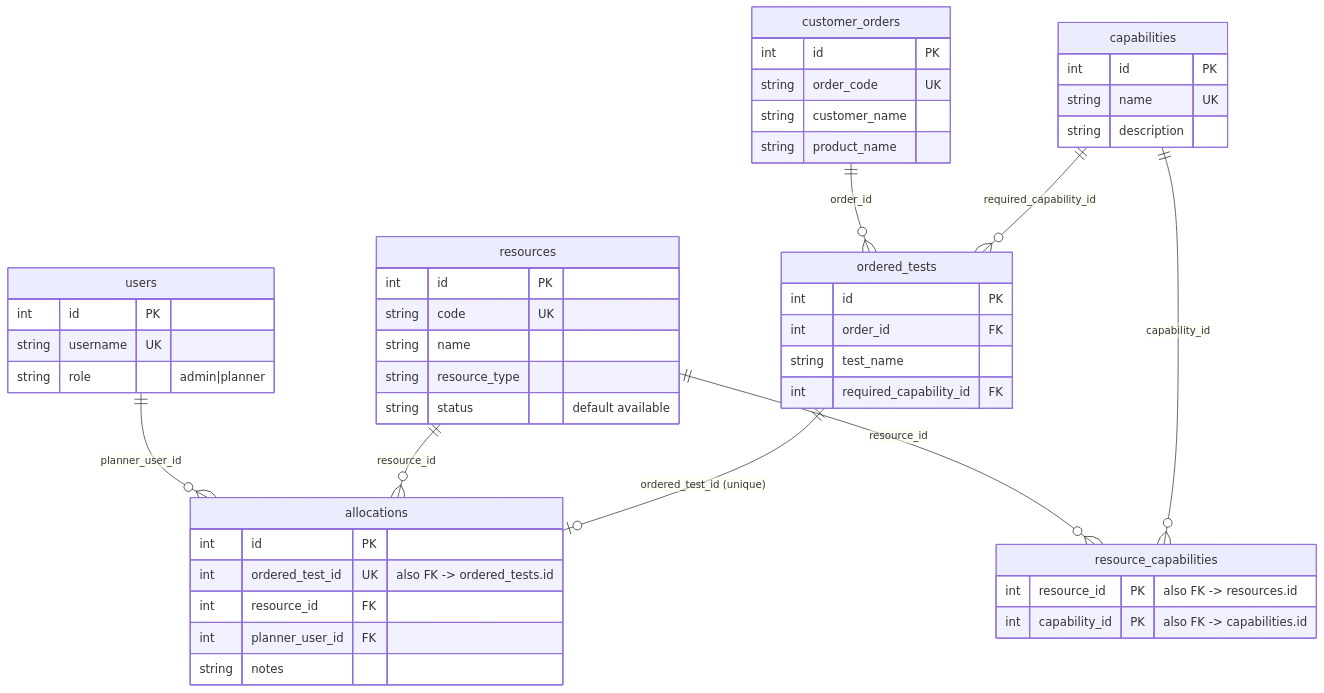
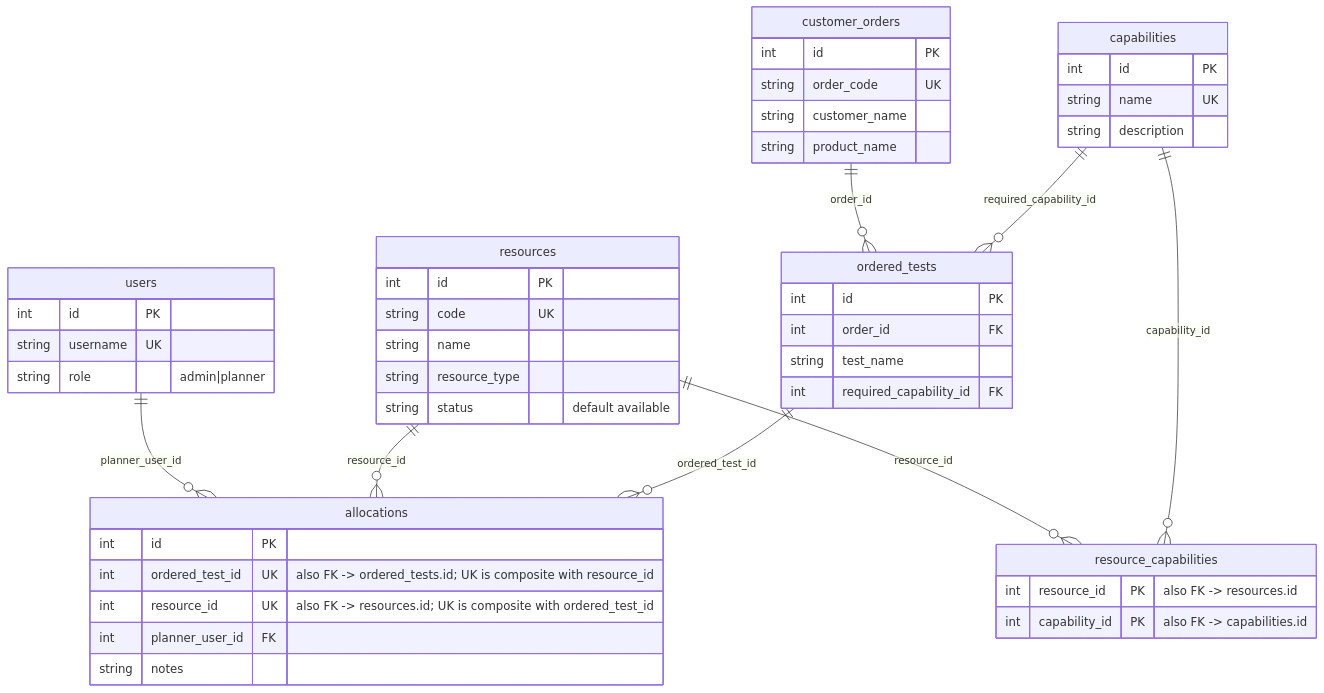
The diagram in docs/er-diagram.mmd (klausbang/ressourcemanagementsystem), drawn with Mermaid before and after one commit. The commit also changed 15 other files, not shown here.

```diff
--- a/docs/er-diagram.mmd
+++ b/docs/er-diagram.mmd
@@ -1,65 +1,65 @@
 %% Notation legend (see docs/er-model.html section 3 for the rendered version)
 %% Relationship symbols (crow's foot):
 %%   ||  = exactly one        o|  = zero or one
 %%   |{  = one or many        o{  = zero or many
 %%   A ||--o{ B  = one A to zero-or-many B
 %%   A ||--o| B  = one A to zero-or-one B
 %% Key abbreviations:
 %%   PK = Primary Key (uniquely identifies a row)
 %%   FK = Foreign Key (references another table's PK)
 %%   UK = Unique Key (unique, non-primary column)
 erDiagram
     users ||--o{ allocations : "planner_user_id"
     resources ||--o{ allocations : "resource_id"
-    ordered_tests ||--o| allocations : "ordered_test_id (unique)"
+    ordered_tests ||--o{ allocations : "ordered_test_id"
     customer_orders ||--o{ ordered_tests : "order_id"
     capabilities ||--o{ ordered_tests : "required_capability_id"
     resources ||--o{ resource_capabilities : "resource_id"
     capabilities ||--o{ resource_capabilities : "capability_id"
 
     users {
         int id PK
         string username UK
         string role "admin|planner"
     }
 
     resources {
         int id PK
         string code UK
         string name
         string resource_type
         string status "default available"
     }
 
     capabilities {
         int id PK
         string name UK
         string description
     }
 
     resource_capabilities {
         int resource_id PK "also FK -> resources.id"
         int capability_id PK "also FK -> capabilities.id"
     }
 
     customer_orders {
         int id PK
         string order_code UK
         string customer_name
         string product_name
     }
 
     ordered_tests {
         int id PK
         int order_id FK
         string test_name
         int required_capability_id FK
     }
 
     allocations {
         int id PK
-        int ordered_test_id UK "also FK -> ordered_tests.id"
-        int resource_id FK
+        int ordered_test_id UK "also FK -> ordered_tests.id; UK is composite with resource_id"
+        int resource_id UK "also FK -> resources.id; UK is composite with ordered_test_id"
         int planner_user_id FK
         string notes
     }
```
